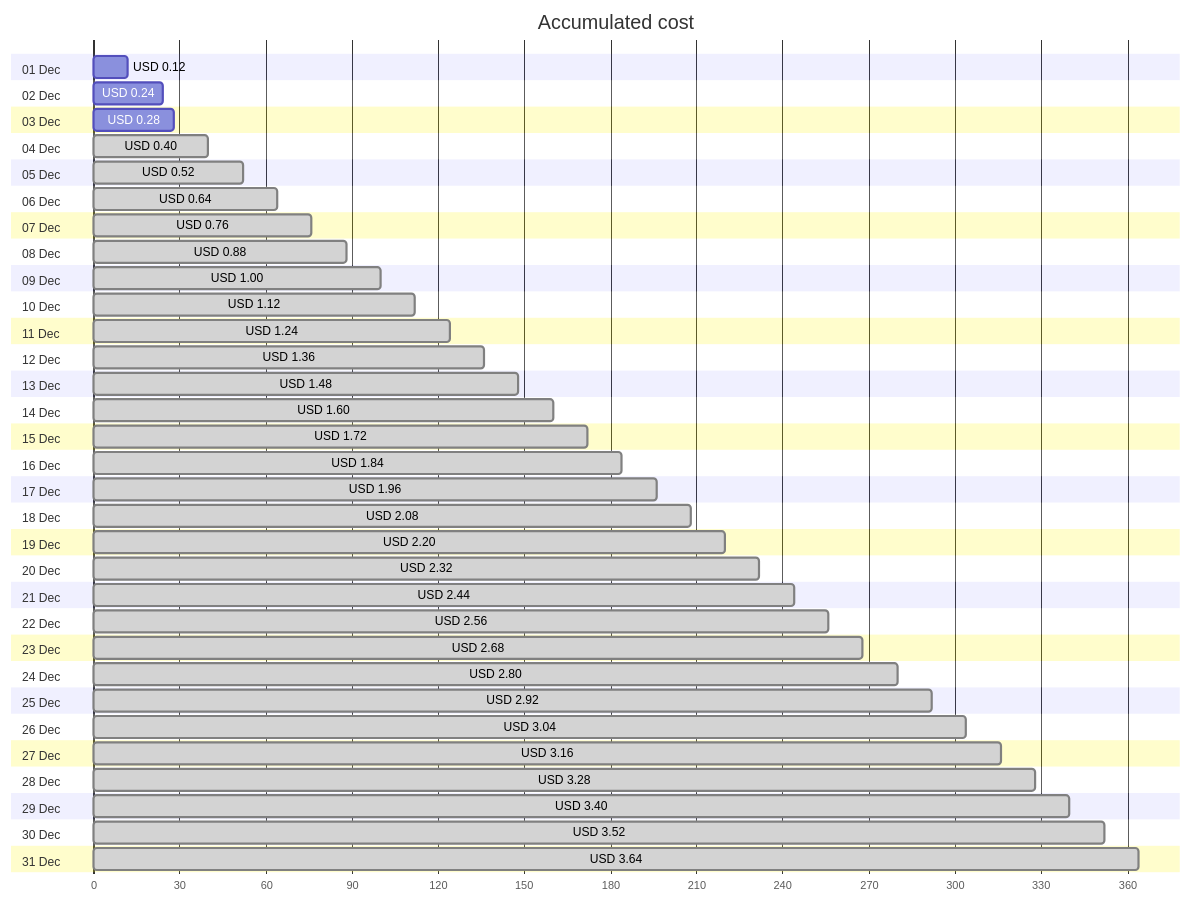
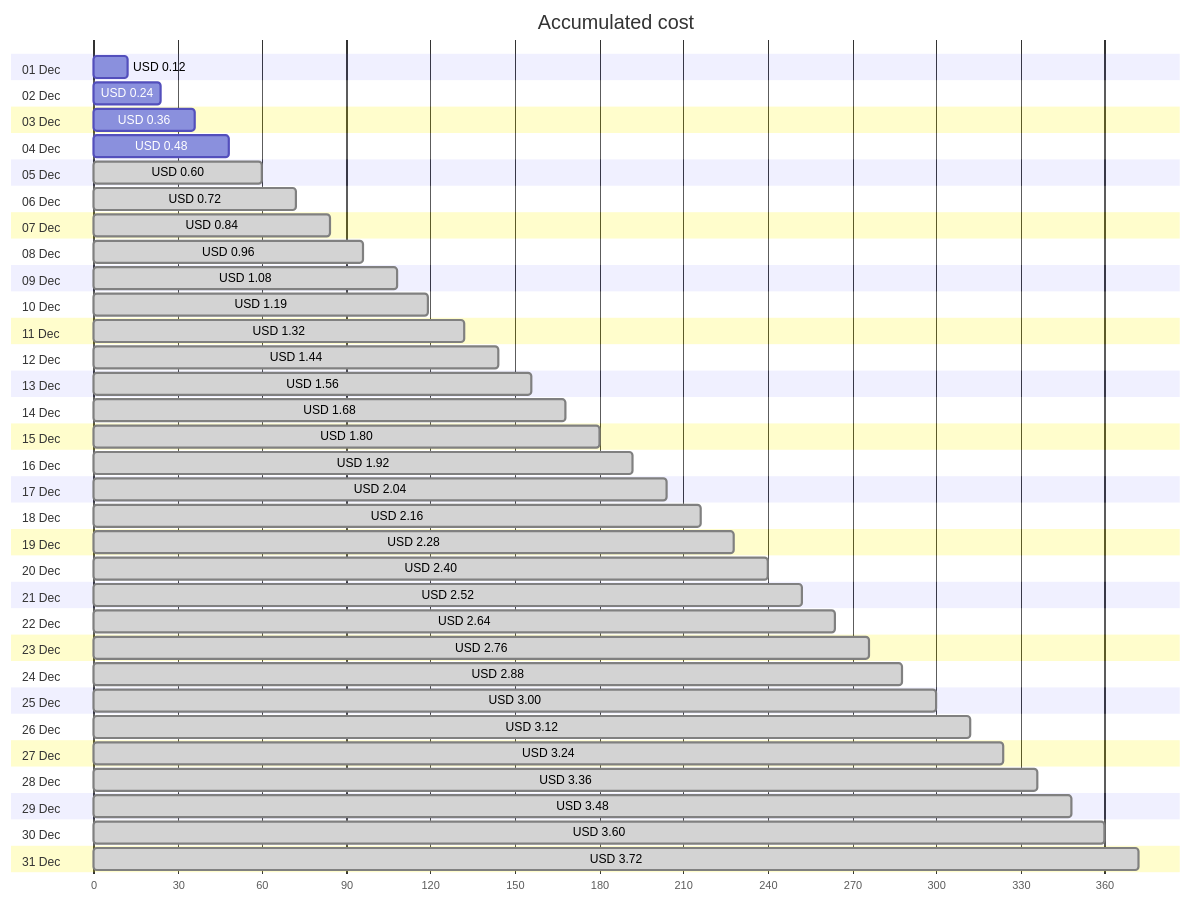
One commit to jpfulton/azure-personal-reports changed the first of 4 diagrams in cost-reports/personal-network/backup-server-public-ip.md. Above: the diagram before and after it, drawn with Mermaid. The commit also changed other lines of this file and 8 other files, not shown here.

````diff
--- a/cost-reports/personal-network/backup-server-public-ip.md
+++ b/cost-reports/personal-network/backup-server-public-ip.md
@@ -20,68 +20,68 @@
 ```mermaid
 gantt
    title Accumulated cost
    dateFormat  X
    axisFormat %s
    section 01 Dec
    USD 0.12 :0, 12
    section 02 Dec
    USD 0.24 :0, 24
    section 03 Dec
-   USD 0.28 :0, 28
+   USD 0.36 :0, 36
    section 04 Dec
-   USD 0.40 : done, 0, 40
+   USD 0.48 :0, 48
    section 05 Dec
-   USD 0.52 : done, 0, 52
+   USD 0.60 : done, 0, 60
    section 06 Dec
-   USD 0.64 : done, 0, 64
+   USD 0.72 : done, 0, 72
    section 07 Dec
-   USD 0.76 : done, 0, 76
+   USD 0.84 : done, 0, 84
    section 08 Dec
-   USD 0.88 : done, 0, 88
+   USD 0.96 : done, 0, 96
    section 09 Dec
-   USD 1.00 : done, 0, 100
+   USD 1.08 : done, 0, 108
    section 10 Dec
-   USD 1.12 : done, 0, 112
+   USD 1.19 : done, 0, 119
    section 11 Dec
-   USD 1.24 : done, 0, 124
+   USD 1.32 : done, 0, 132
    section 12 Dec
-   USD 1.36 : done, 0, 136
+   USD 1.44 : done, 0, 144
    section 13 Dec
-   USD 1.48 : done, 0, 148
+   USD 1.56 : done, 0, 156
    section 14 Dec
-   USD 1.60 : done, 0, 160
+   USD 1.68 : done, 0, 168
    section 15 Dec
-   USD 1.72 : done, 0, 172
+   USD 1.80 : done, 0, 180
    section 16 Dec
-   USD 1.84 : done, 0, 184
+   USD 1.92 : done, 0, 192
    section 17 Dec
-   USD 1.96 : done, 0, 196
+   USD 2.04 : done, 0, 204
    section 18 Dec
-   USD 2.08 : done, 0, 208
+   USD 2.16 : done, 0, 216
    section 19 Dec
-   USD 2.20 : done, 0, 220
+   USD 2.28 : done, 0, 228
    section 20 Dec
-   USD 2.32 : done, 0, 232
+   USD 2.40 : done, 0, 240
    section 21 Dec
-   USD 2.44 : done, 0, 244
+   USD 2.52 : done, 0, 252
    section 22 Dec
-   USD 2.56 : done, 0, 256
+   USD 2.64 : done, 0, 264
    section 23 Dec
-   USD 2.68 : done, 0, 268
+   USD 2.76 : done, 0, 276
    section 24 Dec
-   USD 2.80 : done, 0, 280
+   USD 2.88 : done, 0, 288
    section 25 Dec
-   USD 2.92 : done, 0, 292
+   USD 3.00 : done, 0, 300
    section 26 Dec
-   USD 3.04 : done, 0, 304
+   USD 3.12 : done, 0, 312
    section 27 Dec
-   USD 3.16 : done, 0, 316
+   USD 3.24 : done, 0, 324
    section 28 Dec
-   USD 3.28 : done, 0, 328
+   USD 3.36 : done, 0, 336
    section 29 Dec
-   USD 3.40 : done, 0, 340
+   USD 3.48 : done, 0, 348
    section 30 Dec
-   USD 3.52 : done, 0, 352
+   USD 3.60 : done, 0, 360
    section 31 Dec
-   USD 3.64 : done, 0, 364
+   USD 3.72 : done, 0, 372
 ```
````
